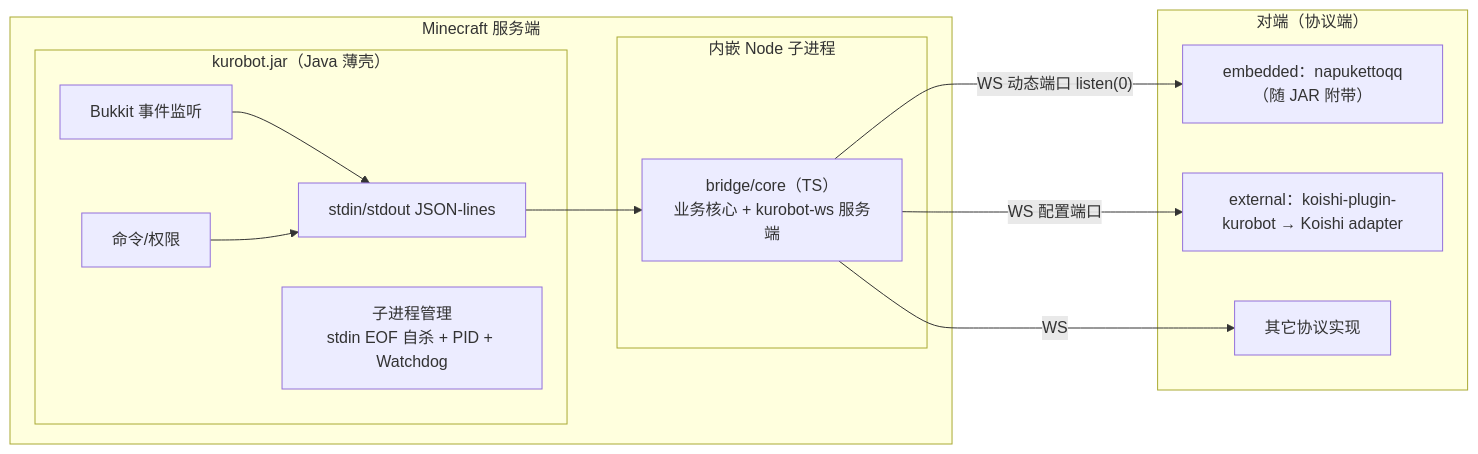
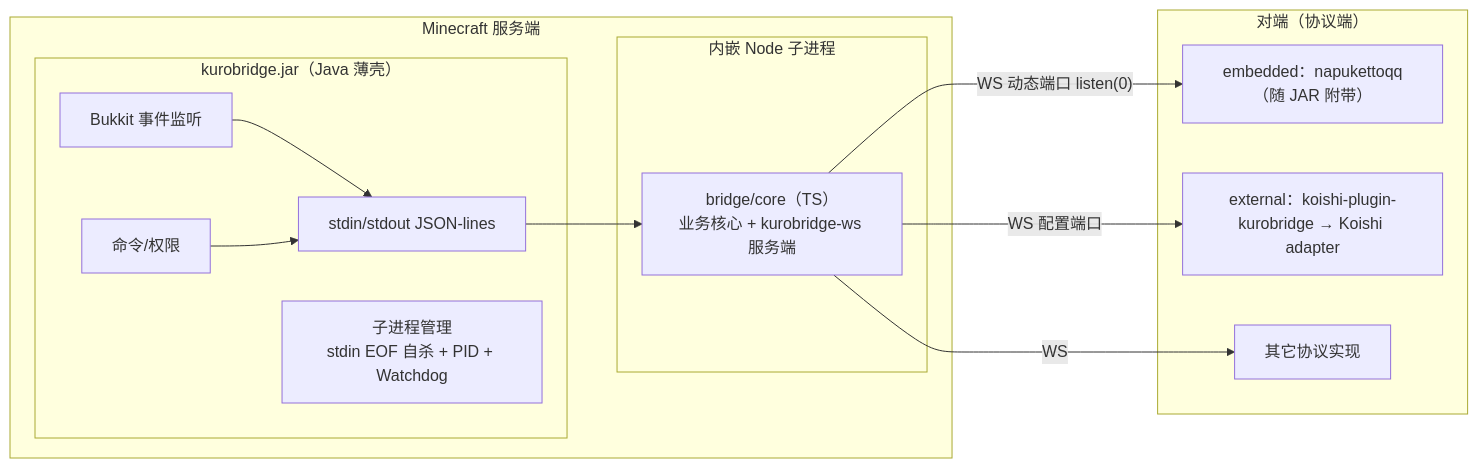
The diagram in docs/architecture.md (Kuro-Bridge/KuroAdapter), drawn with Mermaid before and after one commit. The commit also changed other lines of this file and 7 other files, not shown here.

Commit message:
docs: 改名阶段 5 —— 活文档全量替换（AGENTS/readme/architecture/config-schema/STATUS/protocol 两篇/je+be design）；napuketto 契约段名 [accounts.kurobot] 原样保留

````diff
--- a/docs/architecture.md
+++ b/docs/architecture.md
@@ -21,25 +21,25 @@
 ```mermaid
 flowchart LR
     subgraph MC["Minecraft 服务端"]
-        subgraph JAR["kurobot.jar（Java 薄壳）"]
+        subgraph JAR["kurobridge.jar（Java 薄壳）"]
             EV[Bukkit 事件监听] --> IPC
             CM[命令/权限] --> IPC
             PM[子进程管理<br/>stdin EOF 自杀 + PID + Watchdog]
             IPC[stdin/stdout JSON-lines]
         end
         subgraph NODE["内嵌 Node 子进程"]
-            CORE["bridge/core（TS）<br/>业务核心 + kurobot-ws 服务端"]
+            CORE["bridge/core（TS）<br/>业务核心 + kurobridge-ws 服务端"]
             IPC --> CORE
         end
     end
 
     subgraph PEER["对端（协议端）"]
         EMB["embedded：napukettoqq（随 JAR 附带）"]
-        EXT["external：koishi-plugin-kurobot → Koishi adapter"]
+        EXT["external：koishi-plugin-kurobridge → Koishi adapter"]
         EXT2["其它协议实现"]
     end
 
     CORE -- "WS 动态端口 listen(0)" --> EMB
     CORE -- "WS 配置端口" --> EXT
     CORE -- "WS" --> EXT2
 ```
````
